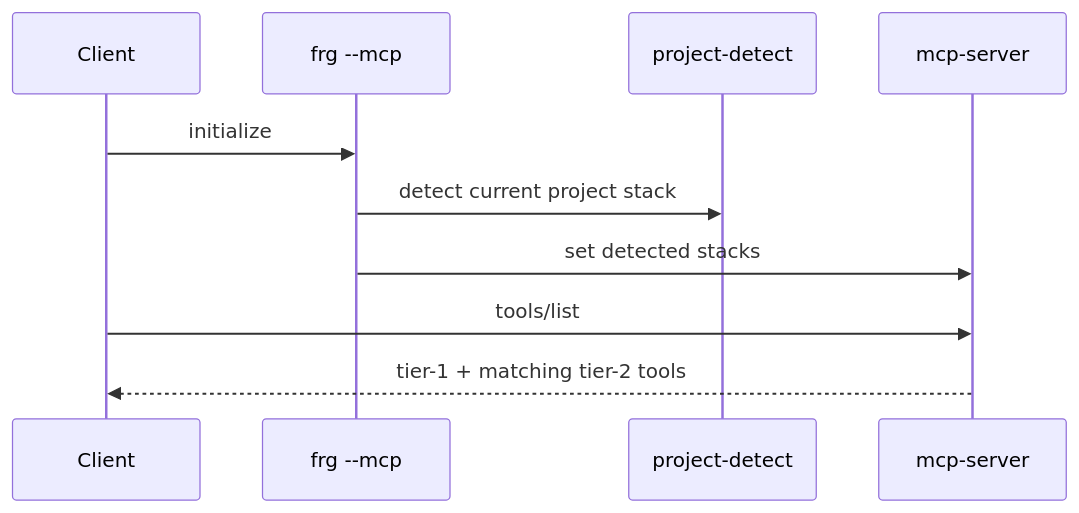
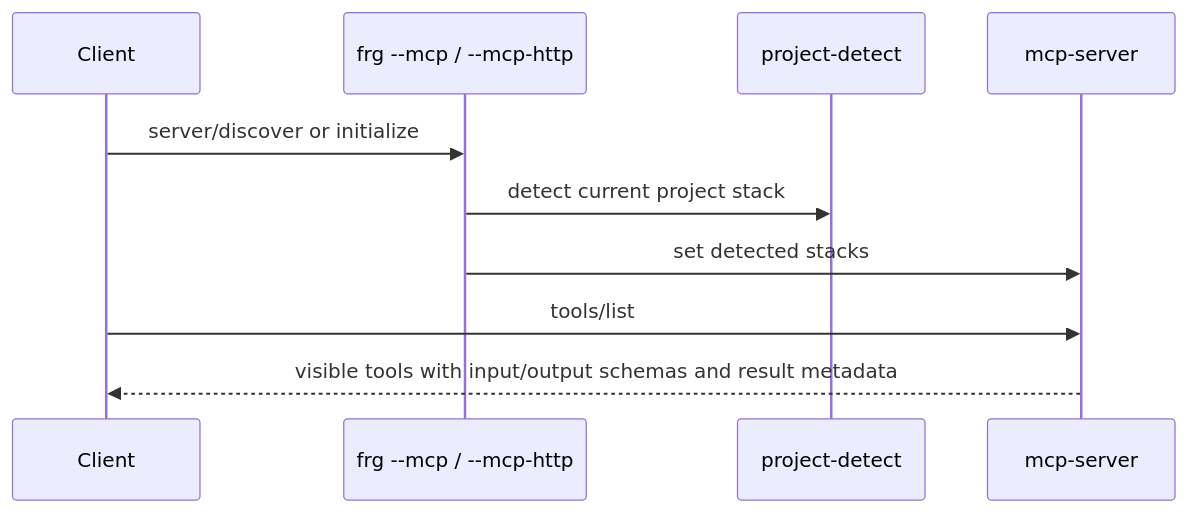
The second of 6 diagrams in specs/data-flow.md (ferrosadb/forge), drawn with Mermaid before and after one commit. The commit also changed other lines of this file and 24 other files, not shown here.

````diff
--- a/specs/data-flow.md
+++ b/specs/data-flow.md
@@ -27,13 +27,13 @@
 ```mermaid
 sequenceDiagram
     participant Client
-    participant CLI as frg --mcp
+    participant CLI as frg --mcp / --mcp-http
     participant Detect as project-detect
     participant Server as mcp-server
 
-    Client->>CLI: initialize
+    Client->>CLI: server/discover or initialize
     CLI->>Detect: detect current project stack
     CLI->>Server: set detected stacks
     Client->>Server: tools/list
-    Server-->>Client: tier-1 + matching tier-2 tools
+    Server-->>Client: visible tools with input/output schemas and result metadata
 ```
````
